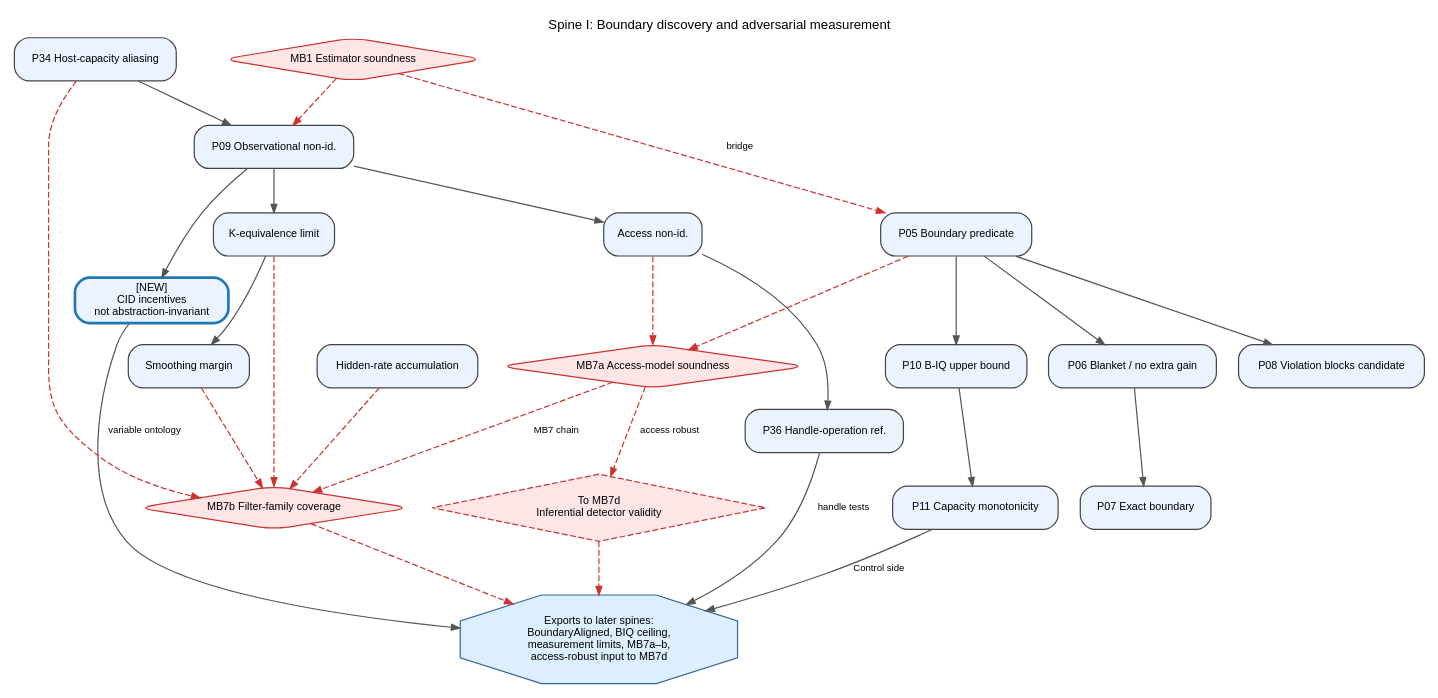
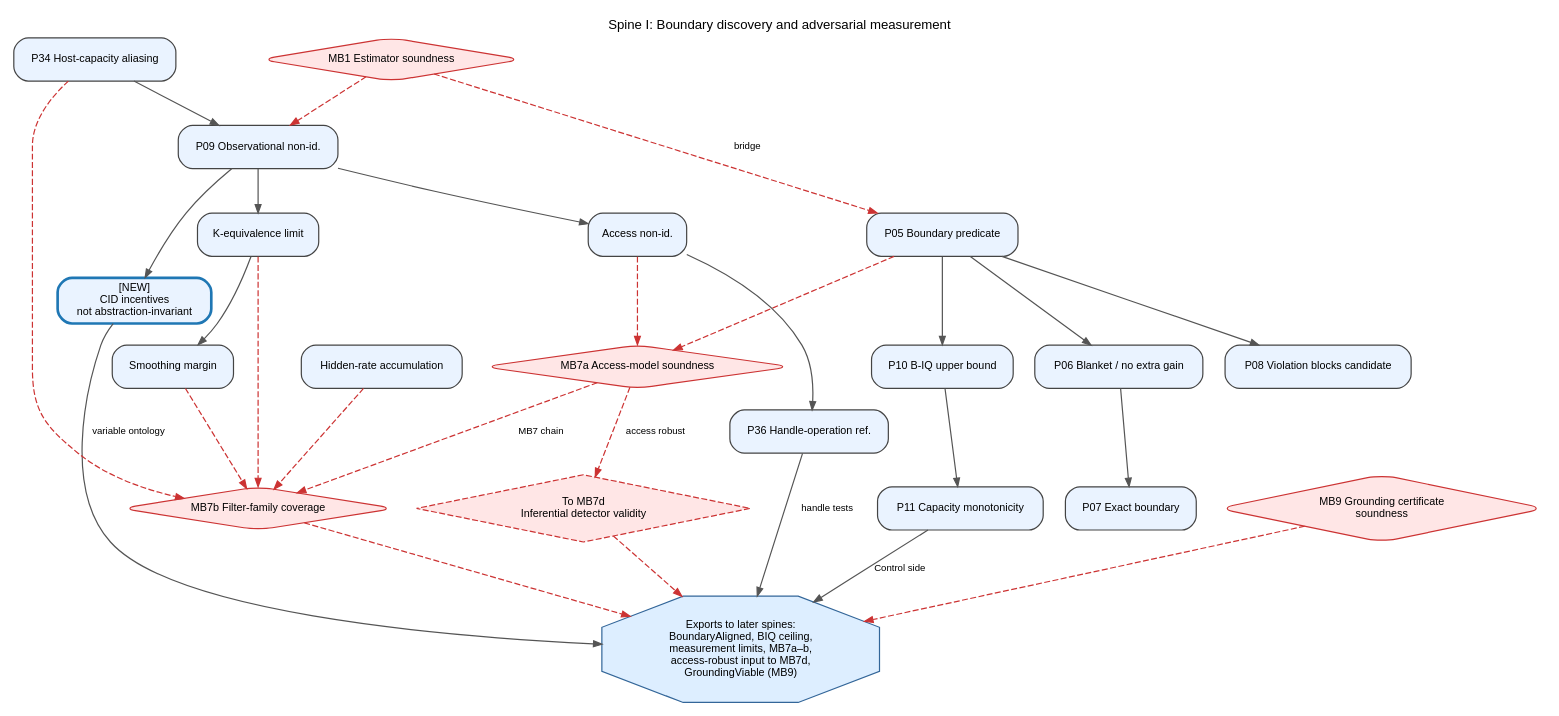
Before and after one commit to GunnarZarncke/towards-asi-alignment: the diagram in context/lean_proof_graphs/01-boundary-measurement.dot, drawn with Graphviz. The commit also changed 27 other files, not shown here.

```diff
--- a/context/lean_proof_graphs/01-boundary-measurement.dot
+++ b/context/lean_proof_graphs/01-boundary-measurement.dot
@@ -1,62 +1,64 @@
 digraph Spine01BoundaryMeasurement {
   graph [
     rankdir=TB,
     bgcolor="white",
     splines=true,
     overlap=false,
     fontsize=11,
     fontname="Helvetica",
     label="Spine I: Boundary discovery and adversarial measurement",
     labelloc="t"
   ];
   node [shape=box, style="rounded,filled", fontname="Helvetica", fontsize=9, color="#444444"];
   edge [fontname="Helvetica", fontsize=8, color="#555555", arrowsize=0.7];
 
   P05 [label="P05 Boundary predicate", fillcolor="#EAF3FF"];
   P06 [label="P06 Blanket / no extra gain", fillcolor="#EAF3FF"];
   P07 [label="P07 Exact boundary", fillcolor="#EAF3FF"];
   P08 [label="P08 Violation blocks candidate", fillcolor="#EAF3FF"];
   P09 [label="P09 Observational non-id.", fillcolor="#EAF3FF"];
   P09A [label="Access non-id.", fillcolor="#EAF3FF"];
   PCID [label="[NEW]\nCID incentives\nnot abstraction-invariant", fillcolor="#EAF3FF", color="#1F77B4", penwidth=2.2];
   P09K [label="K-equivalence limit", fillcolor="#EAF3FF"];
   P36 [label="P36 Handle-operation ref.", fillcolor="#EAF3FF"];
   P36M [label="Smoothing margin", fillcolor="#EAF3FF"];
   P10 [label="P10 B-IQ upper bound", fillcolor="#EAF3FF"];
   P11 [label="P11 Capacity monotonicity", fillcolor="#EAF3FF"];
   P34 [label="P34 Host-capacity aliasing", fillcolor="#EAF3FF"];
   P43H [label="Hidden-rate accumulation", fillcolor="#EAF3FF"];
 
   MB1 [shape=diamond, fillcolor="#FFE6E6", color="#CC3333", label="MB1 Estimator soundness"];
   MB7a [shape=diamond, fillcolor="#FFE6E6", color="#CC3333", label="MB7a Access-model soundness"];
   MB7b [shape=diamond, fillcolor="#FFE6E6", color="#CC3333", label="MB7b Filter-family coverage"];
   MB7d_IN [shape=diamond, style="filled,dashed", fillcolor="#FFE6E6", color="#CC3333", label="To MB7d\nInferential detector validity"];
+  MB9 [shape=diamond, fillcolor="#FFE6E6", color="#CC3333", label="MB9 Grounding certificate\nsoundness"];
 
   OUT [shape=octagon, style="filled", fillcolor="#DDEEFF", color="#336699",
-       label="Exports to later spines:\nBoundaryAligned, BIQ ceiling,\nmeasurement limits, MB7a–b,\naccess-robust input to MB7d"];
+       label="Exports to later spines:\nBoundaryAligned, BIQ ceiling,\nmeasurement limits, MB7a–b,\naccess-robust input to MB7d,\nGroundingViable (MB9)"];
 
   P05 -> P06 -> P07;
   P05 -> P08;
   P05 -> P10 -> P11;
   P09 -> P09A -> P36;
   P09 -> PCID;
   P09 -> P09K -> P36M;
   P34 -> P09;
 
   MB1 -> P05 [style=dashed, color="#CC3333", label="bridge"];
   MB1 -> P09 [style=dashed, color="#CC3333"];
   P05 -> MB7a [style=dashed, color="#CC3333"];
   P09A -> MB7a [style=dashed, color="#CC3333"];
   MB7a -> MB7b [style=dashed, color="#CC3333", label="MB7 chain"];
   MB7a -> MB7d_IN [style=dashed, color="#CC3333", label="access robust"];
   P09K -> MB7b [style=dashed, color="#CC3333"];
   P36M -> MB7b [style=dashed, color="#CC3333"];
   P34 -> MB7b [style=dashed, color="#CC3333"];
   P43H -> MB7b [style=dashed, color="#CC3333"];
 
   P11 -> OUT [label="Control side"];
   MB7b -> OUT [style=dashed, color="#CC3333"];
   MB7d_IN -> OUT [style=dashed, color="#CC3333"];
+  MB9 -> OUT [style=dashed, color="#CC3333"];
   P36 -> OUT [label="handle tests"];
   PCID -> OUT [label="variable ontology"];
 }
```
